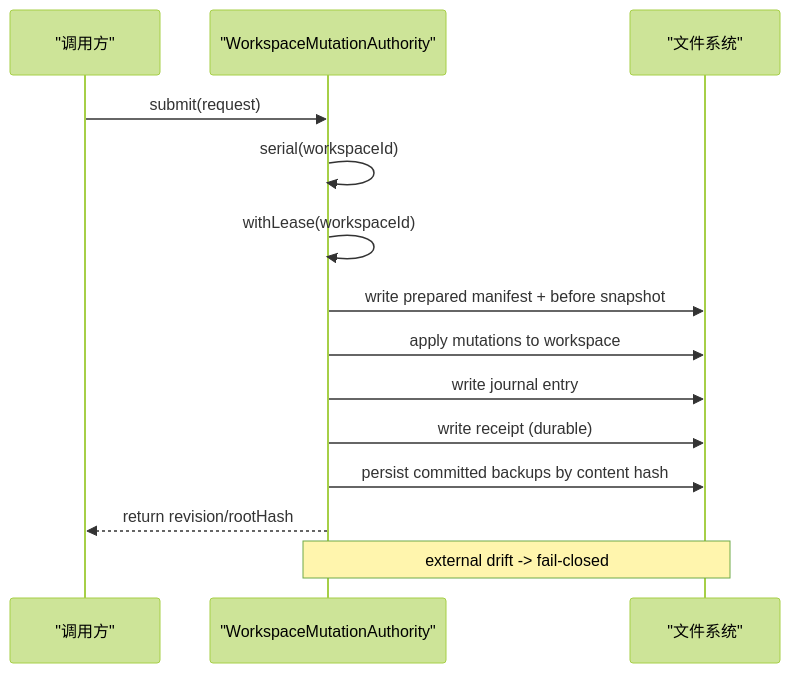
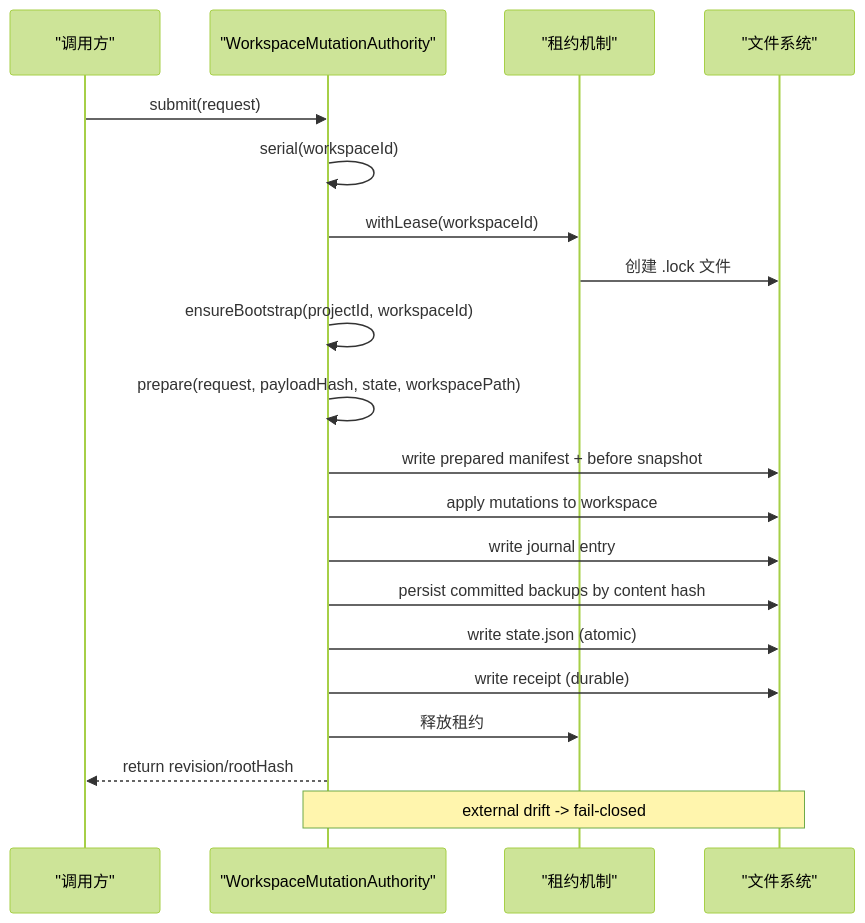
One commit to qihaogithub/workbench changed the fifth of 10 diagrams in .qoder/repowiki/zh/content/架构设计/数据架构/数据架构.md. Above: the diagram before and after it, drawn with Mermaid (forest theme). The commit also changed other lines of this file and 448 other files, not shown here.

````diff
--- a/.qoder/repowiki/zh/content/架构设计/数据架构/数据架构.md
+++ b/.qoder/repowiki/zh/content/架构设计/数据架构/数据架构.md
@@ -226,16 +275,22 @@
 ```mermaid
 sequenceDiagram
 participant Client as "调用方"
 participant Auth as "WorkspaceMutationAuthority"
+participant Lease as "租约机制"
 participant FS as "文件系统"
 Client->>Auth : submit(request)
 Auth->>Auth : serial(workspaceId)
-Auth->>Auth : withLease(workspaceId)
+Auth->>Lease : withLease(workspaceId)
+Lease->>FS : 创建 .lock 文件
+Auth->>Auth : ensureBootstrap(projectId, workspaceId)
+Auth->>Auth : prepare(request, payloadHash, state, workspacePath)
 Auth->>FS : write prepared manifest + before snapshot
 Auth->>FS : apply mutations to workspace
 Auth->>FS : write journal entry
+Auth->>FS : persist committed backups by content hash
+Auth->>FS : write state.json (atomic)
 Auth->>FS : write receipt (durable)
-Auth->>FS : persist committed backups by content hash
+Auth->>Lease : 释放租约
 Auth-->>Client : return revision/rootHash
 Note over Auth,FS : external drift -> fail-closed
 ```
````
